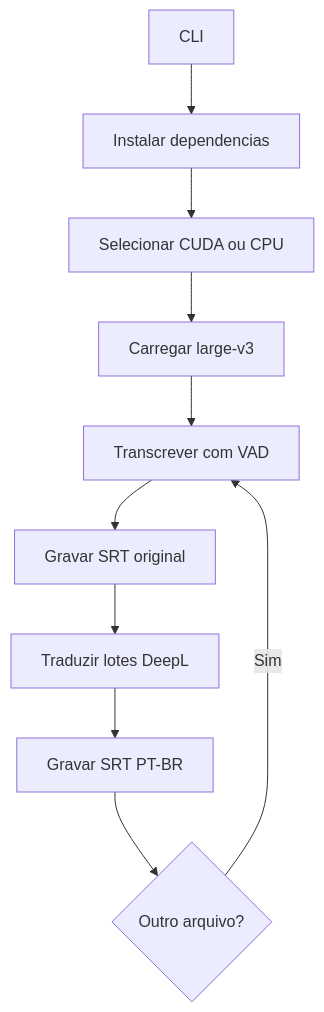
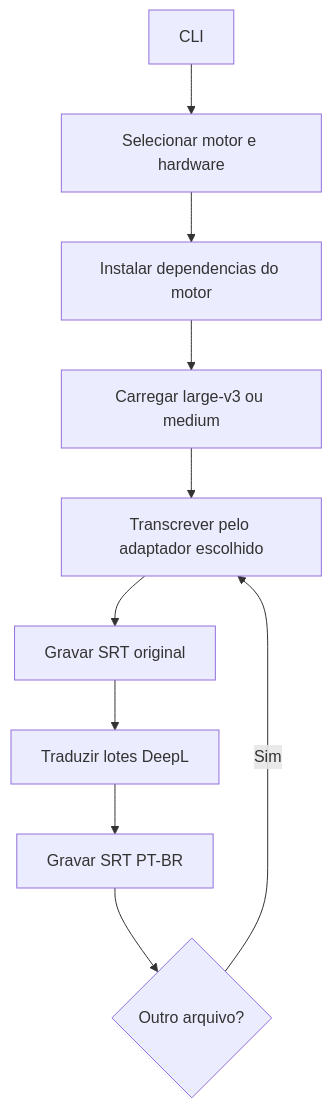
The diagram in docs/MAINTENANCE.md (gitcarter2012/script-srt-generate-2026), drawn with Mermaid before and after one commit. The commit also changed other lines of this file and 6 other files, not shown here.

````diff
--- a/docs/MAINTENANCE.md
+++ b/docs/MAINTENANCE.md
@@ -17,12 +17,12 @@
 ```mermaid
 flowchart TD
-    A[CLI] --> B[Instalar dependencias]
-    B --> C[Selecionar CUDA ou CPU]
-    C --> D[Carregar large-v3]
-    D --> E[Transcrever com VAD]
+    A[CLI] --> B[Selecionar motor e hardware]
+    B --> C[Instalar dependencias do motor]
+    C --> D[Carregar large-v3 ou medium]
+    D --> E[Transcrever pelo adaptador escolhido]
     E --> F[Gravar SRT original]
     F --> G[Traduzir lotes DeepL]
     G --> H[Gravar SRT PT-BR]
     H --> I{Outro arquivo?}
     I -->|Sim| E
 ```
````
